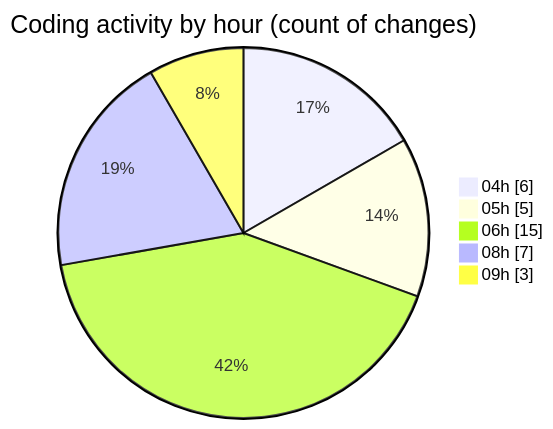
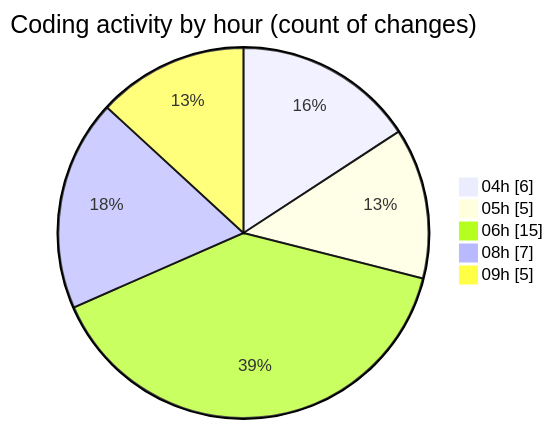
One commit to vahidmafi/code-tracking changed the second of 2 diagrams in 2025-03-23/zeytoon/README.md. Above: the diagram before and after it, drawn with Mermaid. The commit also changed other lines of this file and 1 other file, not shown here.

````diff
--- a/2025-03-23/zeytoon/README.md
+++ b/2025-03-23/zeytoon/README.md
@@ -38,9 +38,9 @@
 ```mermaid
 pie showData
 title Coding activity by hour (count of changes)
 "04h" : 6
 "05h" : 5
 "06h" : 15
 "08h" : 7
-"09h" : 3
+"09h" : 5
 ```
````
